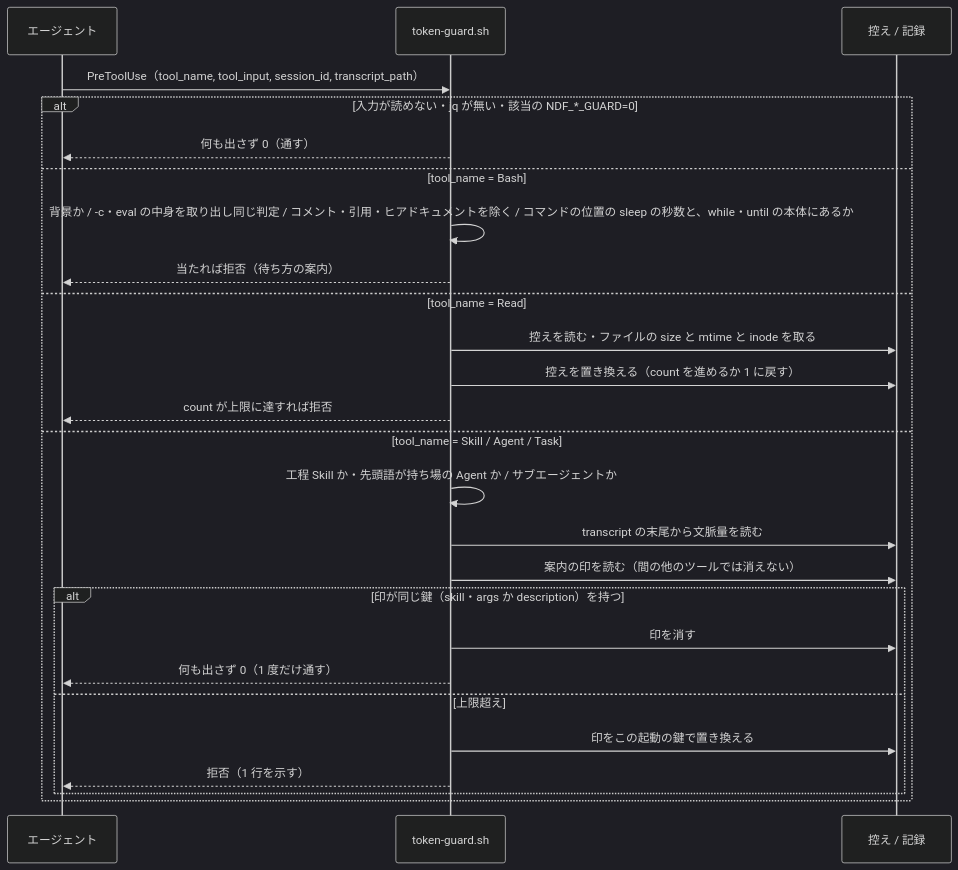
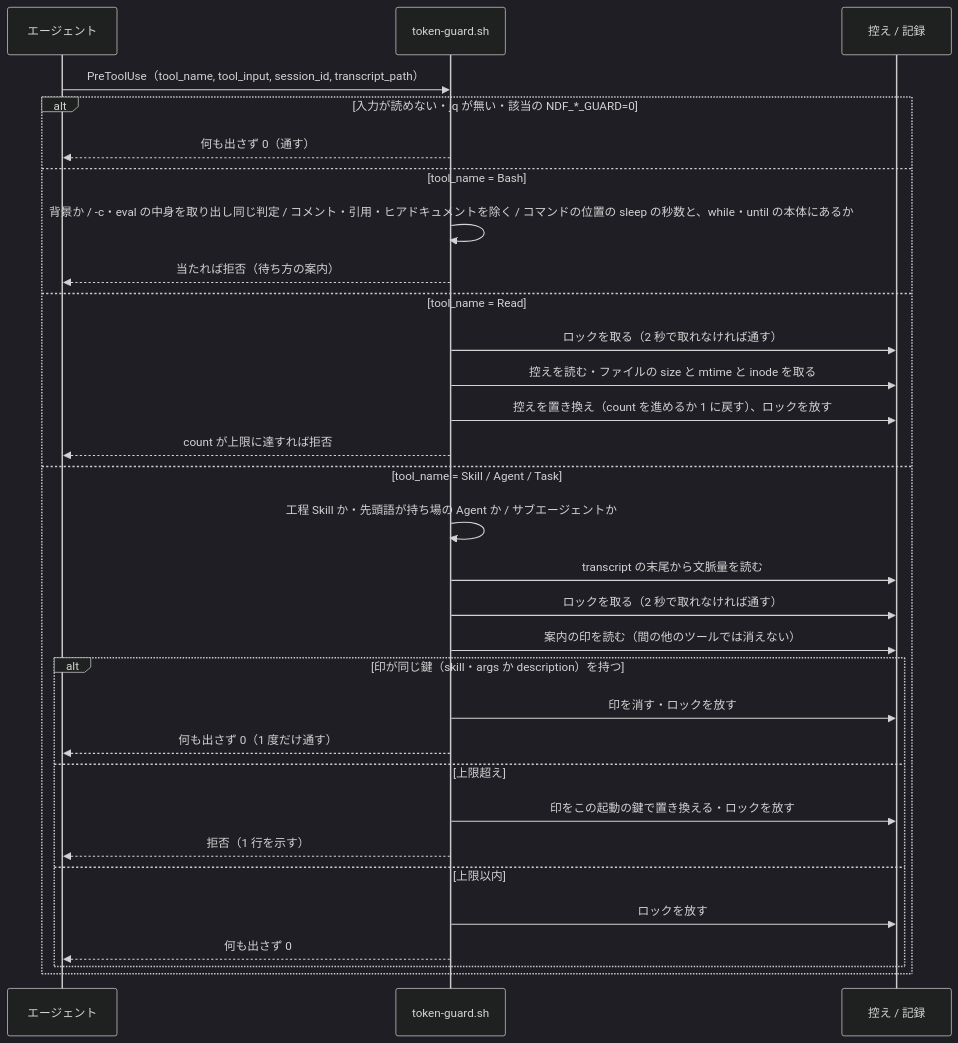
The second of 3 diagrams in issues/issue-829-830-design.md (devbasex/ai-plugins), drawn with Mermaid (dark theme) before and after one commit. The commit also changed other lines of this file, not shown here.

````diff
--- a/issues/issue-829-830-design.md
+++ b/issues/issue-829-830-design.md
@@ -272,28 +275,33 @@
 ```mermaid
 sequenceDiagram
   participant A as エージェント
   participant H as token-guard.sh
   participant S as 控え / 記録
   A->>H: PreToolUse（tool_name, tool_input, session_id, transcript_path）
   alt 入力が読めない・jq が無い・該当の NDF_*_GUARD=0
     H-->>A: 何も出さず 0（通す）
   else tool_name = Bash
     H->>H: 背景か / -c・eval の中身を取り出し同じ判定 / コメント・引用・ヒアドキュメントを除く / コマンドの位置の sleep の秒数と、while・until の本体にあるか
     H-->>A: 当たれば拒否（待ち方の案内）
   else tool_name = Read
+    H->>S: ロックを取る（2 秒で取れなければ通す）
     H->>S: 控えを読む・ファイルの size と mtime と inode を取る
-    H->>S: 控えを置き換える（count を進めるか 1 に戻す）
+    H->>S: 控えを置き換え（count を進めるか 1 に戻す）、ロックを放す
     H-->>A: count が上限に達すれば拒否
   else tool_name = Skill / Agent / Task
     H->>H: 工程 Skill か・先頭語が持ち場の Agent か / サブエージェントか
     H->>S: transcript の末尾から文脈量を読む
+    H->>S: ロックを取る（2 秒で取れなければ通す）
     H->>S: 案内の印を読む（間の他のツールでは消えない）
     alt 印が同じ鍵（skill・args か description）を持つ
-      H->>S: 印を消す
+      H->>S: 印を消す・ロックを放す
       H-->>A: 何も出さず 0（1 度だけ通す）
     else 上限超え
-      H->>S: 印をこの起動の鍵で置き換える
+      H->>S: 印をこの起動の鍵で置き換える・ロックを放す
       H-->>A: 拒否（1 行を示す）
+    else 上限以内
+      H->>S: ロックを放す
+      H-->>A: 何も出さず 0
     end
   end
 ```
````
